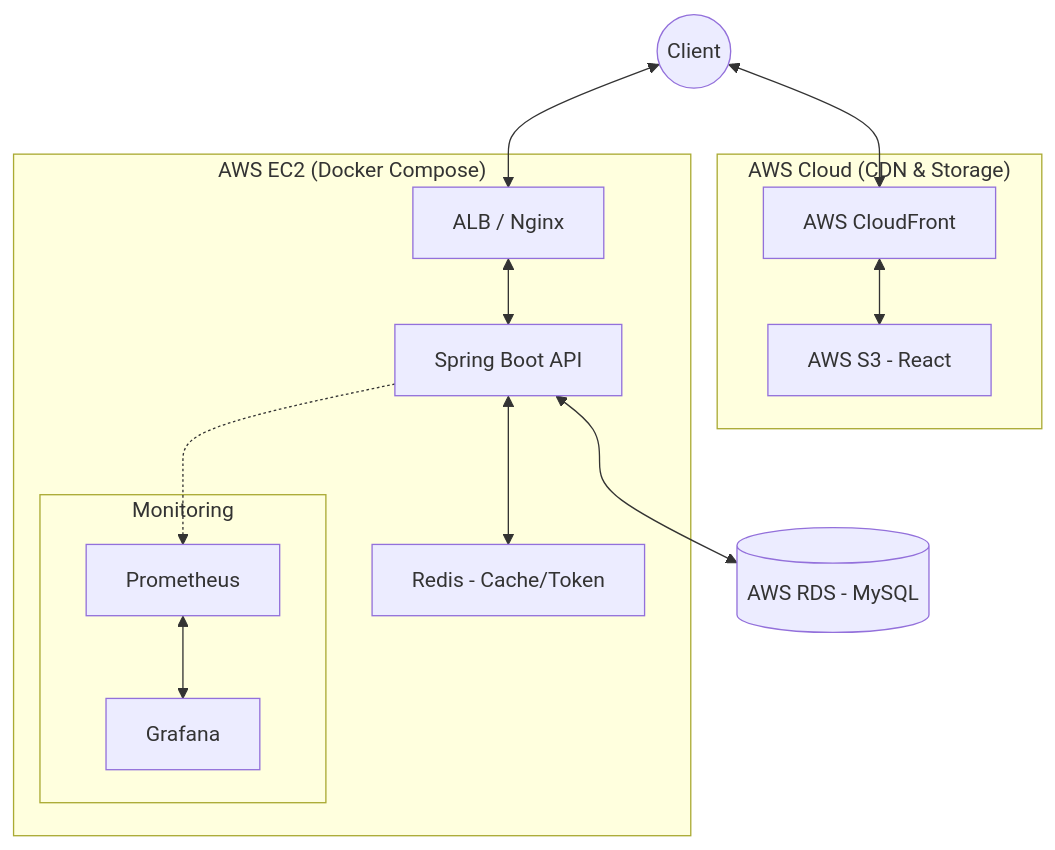
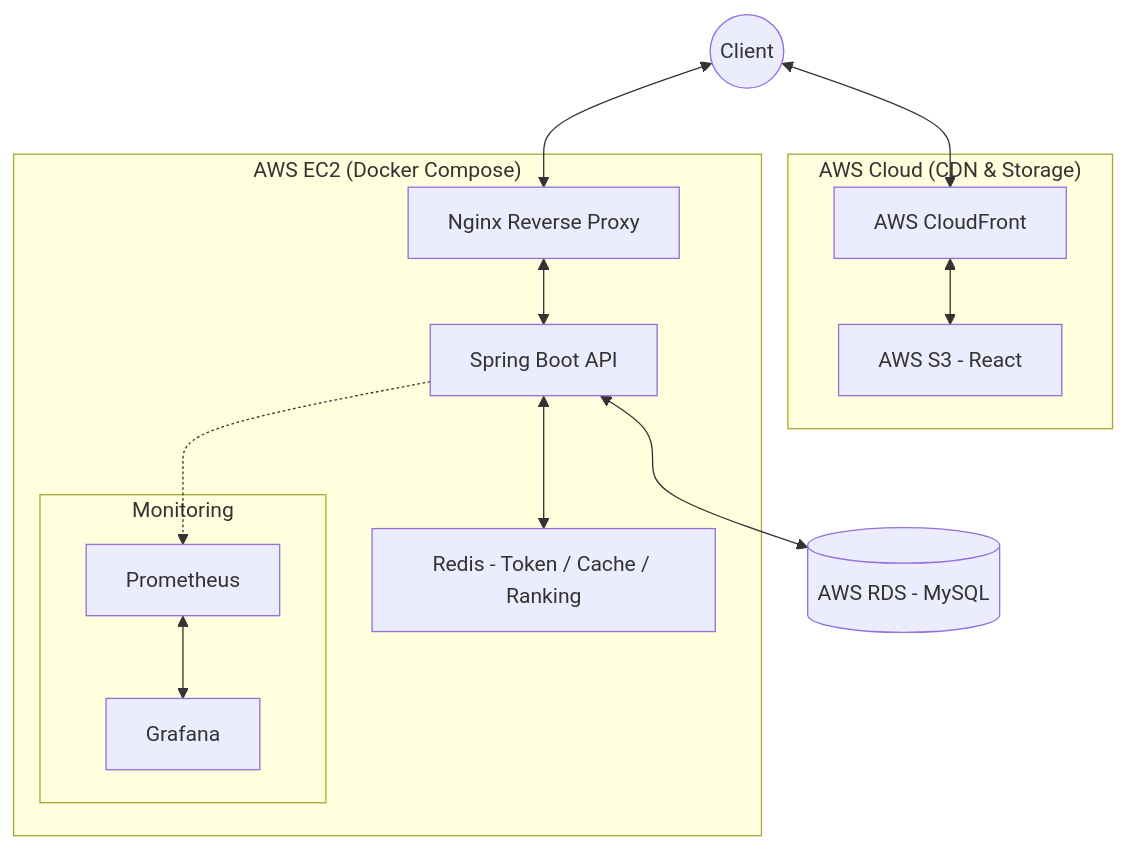
The diagram in docs/System Architecture.md (xxh3898/cubing-hub), drawn with Mermaid before and after one commit. The commit also changed other lines of this file and 12 other files, not shown here.

````diff
--- a/docs/System Architecture.md
+++ b/docs/System Architecture.md
@@ -3,30 +5,30 @@
 ```mermaid
 graph TD
     Client((Client))
-    
+
     subgraph AWS_Cloud ["AWS Cloud (CDN & Storage)"]
         CF[AWS CloudFront]
         S3[AWS S3 - React]
     end
 
     subgraph AWS_EC2 ["AWS EC2 (Docker Compose)"]
-        ALB[ALB / Nginx]
+        Nginx[Nginx Reverse Proxy]
         SB[Spring Boot API]
-        Redis[Redis - Cache/Token]
+        Redis[Redis - Token / Cache / Ranking]
         subgraph Monitoring
             Prom[Prometheus]
             Graf[Grafana]
         end
     end
 
     RDS[(AWS RDS - MySQL)]
 
     Client <--> CF
     CF <--> S3
-    Client <--> ALB
-    ALB <--> SB
+    Client <--> Nginx
+    Nginx <--> SB
     SB <--> Redis
     SB <--> RDS
     SB -.-> Prom
     Prom <--> Graf
 ```
````
